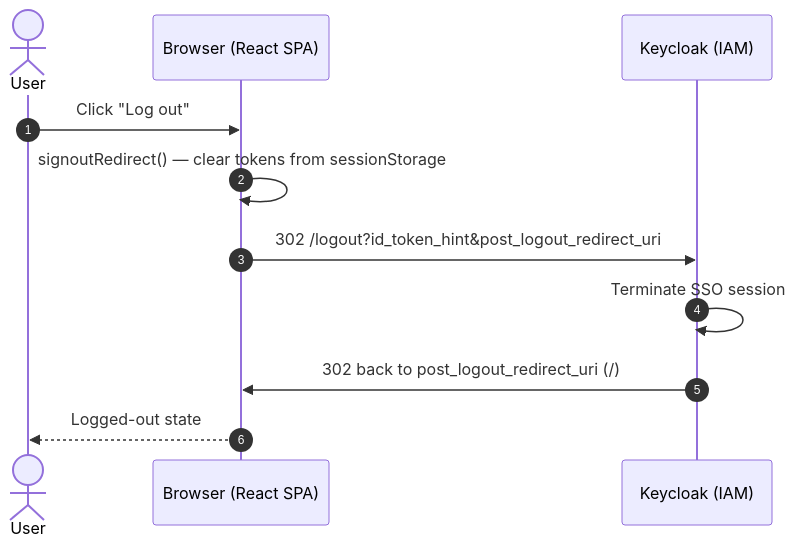
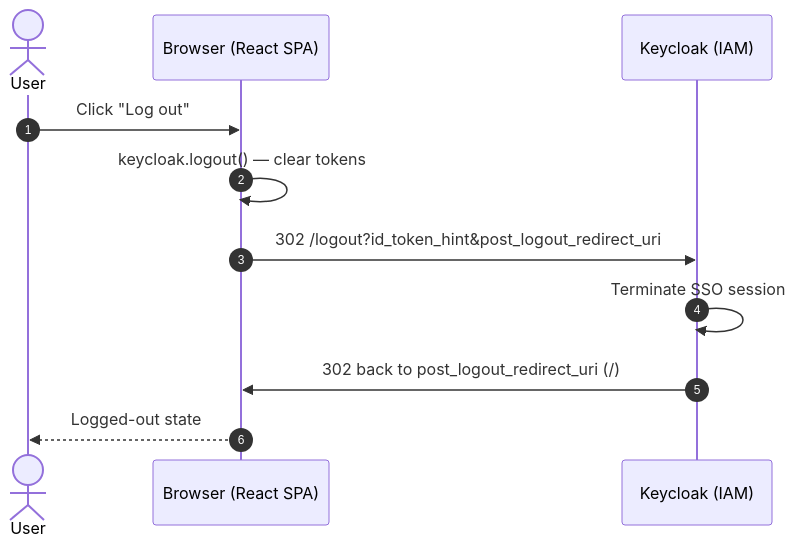
Before and after one commit to Nimesh-Viduranga/keycloak-react-fastapi-demo: the fourth of 4 diagrams in docs/authentication-flow-guide.md, drawn with Mermaid. The commit also changed other lines of this file and 14 other files, not shown here.

````diff
--- a/docs/authentication-flow-guide.md
+++ b/docs/authentication-flow-guide.md
@@ -193,14 +194,14 @@
 ```mermaid
 sequenceDiagram
     autonumber
     actor User
     participant SPA as Browser (React SPA)
     participant KC as Keycloak (IAM)
 
     User->>SPA: Click "Log out"
-    SPA->>SPA: signoutRedirect() — clear tokens from sessionStorage
+    SPA->>SPA: keycloak.logout() — clear tokens
     SPA->>KC: 302 /logout?id_token_hint&post_logout_redirect_uri
     KC->>KC: Terminate SSO session
     KC->>SPA: 302 back to post_logout_redirect_uri (/)
     SPA-->>User: Logged-out state
 ```
````
